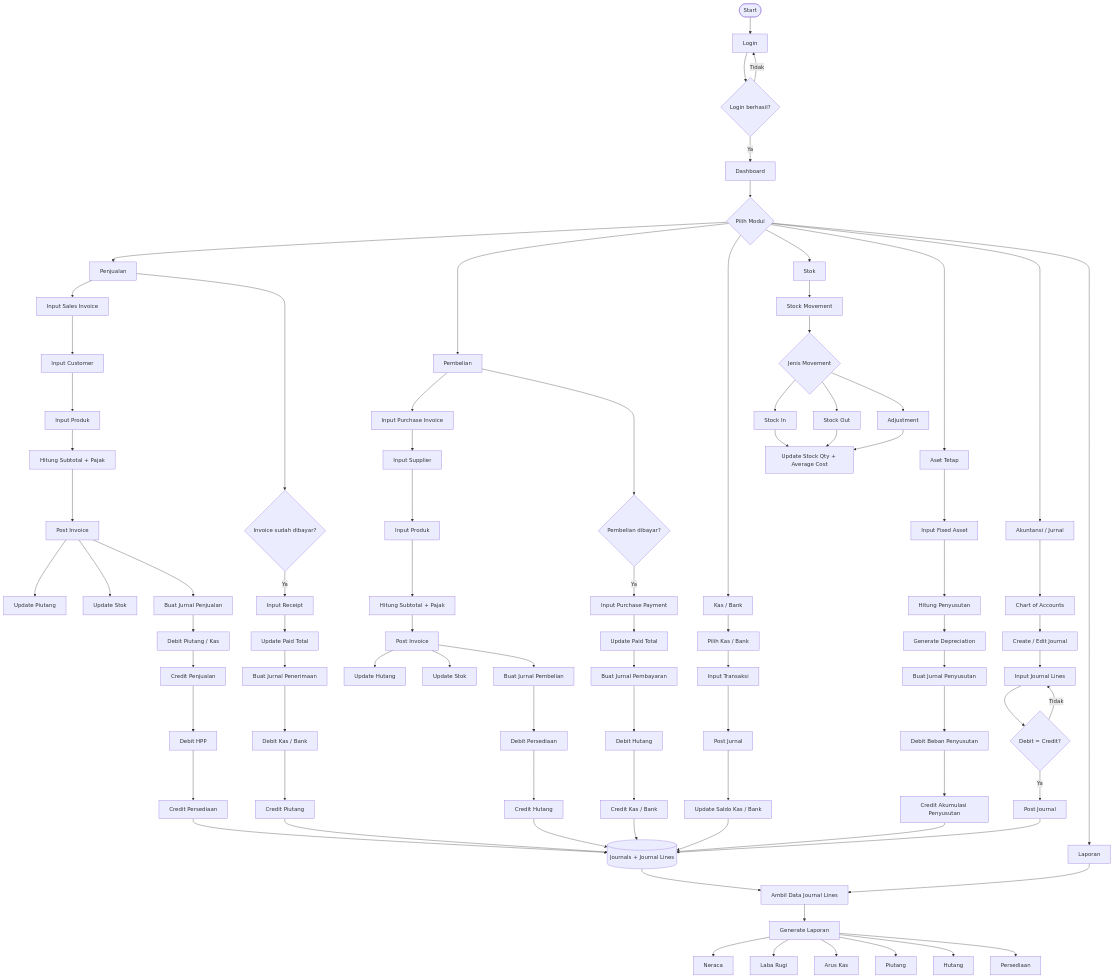
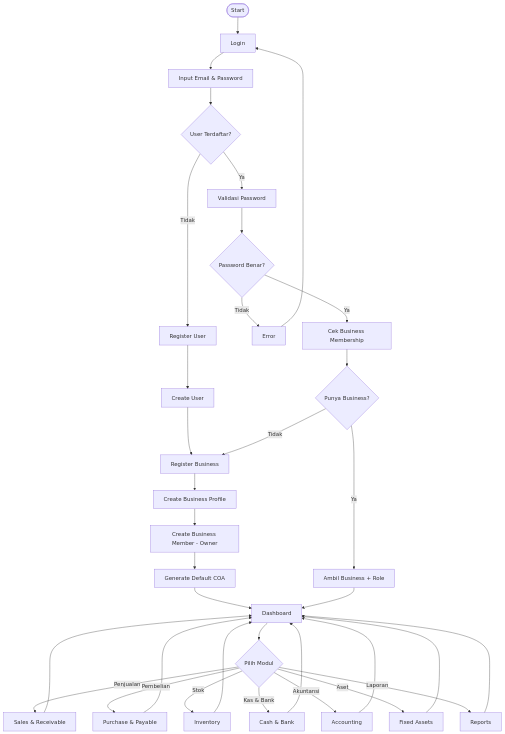
Before and after one commit to ahmadfaiqm/flowcash: the first of 17 diagrams in docs/flowchart/flowchart.md, drawn with Mermaid. The commit also changed other lines of this file, not shown here.

Commit message:
feat/FlowChartBaru

````diff
--- a/docs/flowchart/flowchart.md
+++ b/docs/flowchart/flowchart.md
@@ -28,103 +7,37 @@
 ```mermaid
 flowchart TD
     A([Start]) --> B[Login]
-    B --> C{Login berhasil?}
-
-    C -- Tidak --> B
-    C -- Ya --> D[Dashboard]
-
-    D --> E{Pilih Modul}
-
-    E --> F[Penjualan]
-    E --> G[Pembelian]
-    E --> H[Kas / Bank]
-    E --> I[Stok]
-    E --> J[Aset Tetap]
-    E --> K[Akuntansi / Jurnal]
-    E --> L[Laporan]
-
-    F --> F1[Input Sales Invoice]
-    F1 --> F2[Input Customer]
-    F2 --> F3[Input Produk]
-    F3 --> F4[Hitung Subtotal + Pajak]
-    F4 --> F5[Post Invoice]
-    F5 --> F6[Update Piutang]
-    F5 --> F7[Update Stok]
-    F5 --> F8[Buat Jurnal Penjualan]
-    F8 --> F9[Debit Piutang / Kas]
-    F9 --> F10[Credit Penjualan]
-    F10 --> F11[Debit HPP]
-    F11 --> F12[Credit Persediaan]
-
-    F --> F13{Invoice sudah dibayar?}
-    F13 -- Ya --> F14[Input Receipt]
-    F14 --> F15[Update Paid Total]
-    F15 --> F16[Buat Jurnal Penerimaan]
-    F16 --> F17[Debit Kas / Bank]
-    F17 --> F18[Credit Piutang]
-
-    G --> G1[Input Purchase Invoice]
-    G1 --> G2[Input Supplier]
-    G2 --> G3[Input Produk]
-    G3 --> G4[Hitung Subtotal + Pajak]
-    G4 --> G5[Post Invoice]
-    G5 --> G6[Update Hutang]
-    G5 --> G7[Update Stok]
-    G5 --> G8[Buat Jurnal Pembelian]
-    G8 --> G9[Debit Persediaan]
-    G9 --> G10[Credit Hutang]
-
-    G --> G11{Pembelian dibayar?}
-    G11 -- Ya --> G12[Input Purchase Payment]
-    G12 --> G13[Update Paid Total]
-    G13 --> G14[Buat Jurnal Pembayaran]
-    G14 --> G15[Debit Hutang]
-    G15 --> G16[Credit Kas / Bank]
-
-    H --> H1[Pilih Kas / Bank]
-    H1 --> H2[Input Transaksi]
-    H2 --> H3[Post Jurnal]
-    H3 --> H4[Update Saldo Kas / Bank]
-
-    I --> I1[Stock Movement]
-    I1 --> I2{Jenis Movement}
-    I2 --> I3[Stock In]
-    I2 --> I4[Stock Out]
-    I2 --> I5[Adjustment]
-    I3 --> I6[Update Stock Qty + Average Cost]
-    I4 --> I6
-    I5 --> I6
-
-    J --> J1[Input Fixed Asset]
-    J1 --> J2[Hitung Penyusutan]
-    J2 --> J3[Generate Depreciation]
-    J3 --> J4[Buat Jurnal Penyusutan]
-    J4 --> J5[Debit Beban Penyusutan]
-    J5 --> J6[Credit Akumulasi Penyusutan]
-
-    K --> K1[Chart of Accounts]
-    K1 --> K2[Create / Edit Journal]
-    K2 --> K3[Input Journal Lines]
-    K3 --> K4{Debit = Credit?}
-    K4 -- Tidak --> K3
-    K4 -- Ya --> K5[Post Journal]
-
-    L --> L1[Ambil Data Journal Lines]
-    L1 --> L2[Generate Laporan]
-    L2 --> L3[Neraca]
-    L2 --> L4[Laba Rugi]
-    L2 --> L5[Arus Kas]
-    L2 --> L6[Piutang]
-    L2 --> L7[Hutang]
-    L2 --> L8[Persediaan]
-
-    F12 --> M[(Journals + Journal Lines)]
-    F18 --> M
-    G10 --> M
-    G16 --> M
-    H4 --> M
-    J6 --> M
-    K5 --> M
-
-    M --> L1
+    B --> C[Input Email & Password]
+    C --> D{User Terdaftar?}
+    D -->|Tidak| E[Register User]
+    E --> F[Create User]
+    F --> G[Register Business]
+    G --> H[Create Business Profile]
+    H --> I[Create Business Member - Owner]
+    I --> J[Generate Default COA]
+    J --> K[Dashboard]
+    D -->|Ya| L[Validasi Password]
+    L --> M{Password Benar?}
+    M -->|Tidak| N[Error]
+    N --> B
+    M -->|Ya| O[Cek Business Membership]
+    O --> P{Punya Business?}
+    P -->|Tidak| G
+    P -->|Ya| Q[Ambil Business + Role]
+    Q --> K
+    K --> R{Pilih Modul}
+    R -->|Penjualan| S[Sales & Receivable]
+    R -->|Pembelian| T[Purchase & Payable]
+    R -->|Stok| U[Inventory]
+    R -->|Kas & Bank| V[Cash & Bank]
+    R -->|Akuntansi| W[Accounting]
+    R -->|Aset| X[Fixed Assets]
+    R -->|Laporan| Y[Reports]
+    S --> K
+    T --> K
+    U --> K
+    V --> K
+    W --> K
+    X --> K
+    Y --> K
 ```
````
